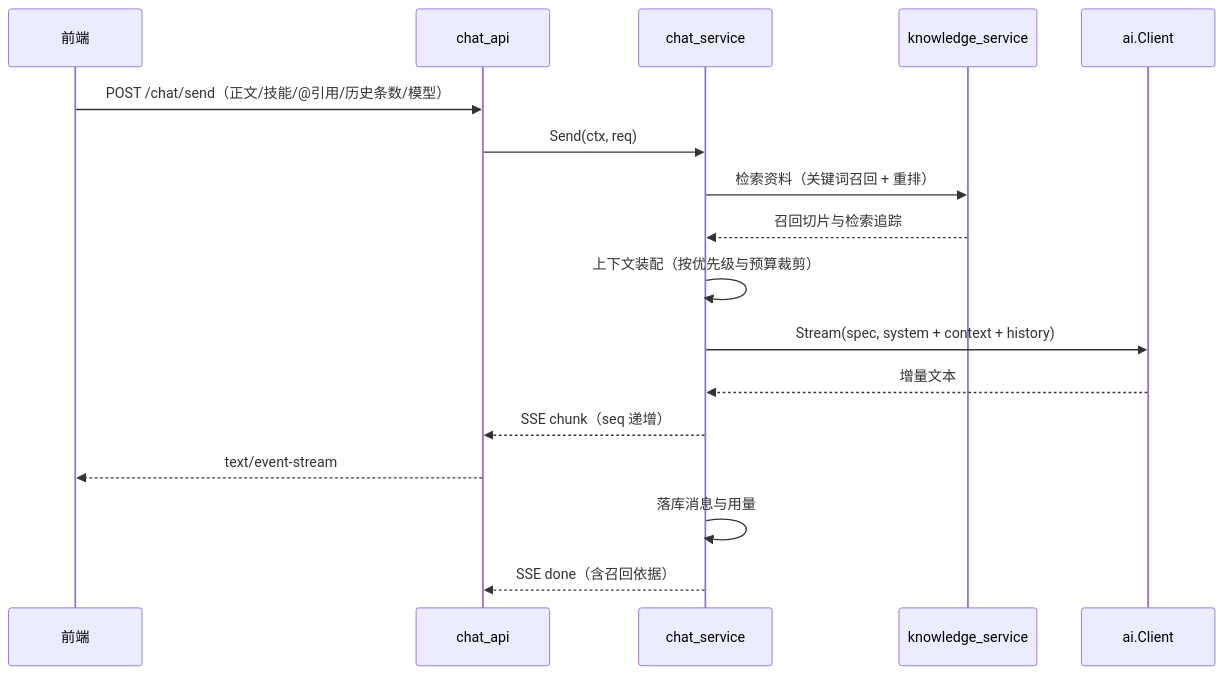
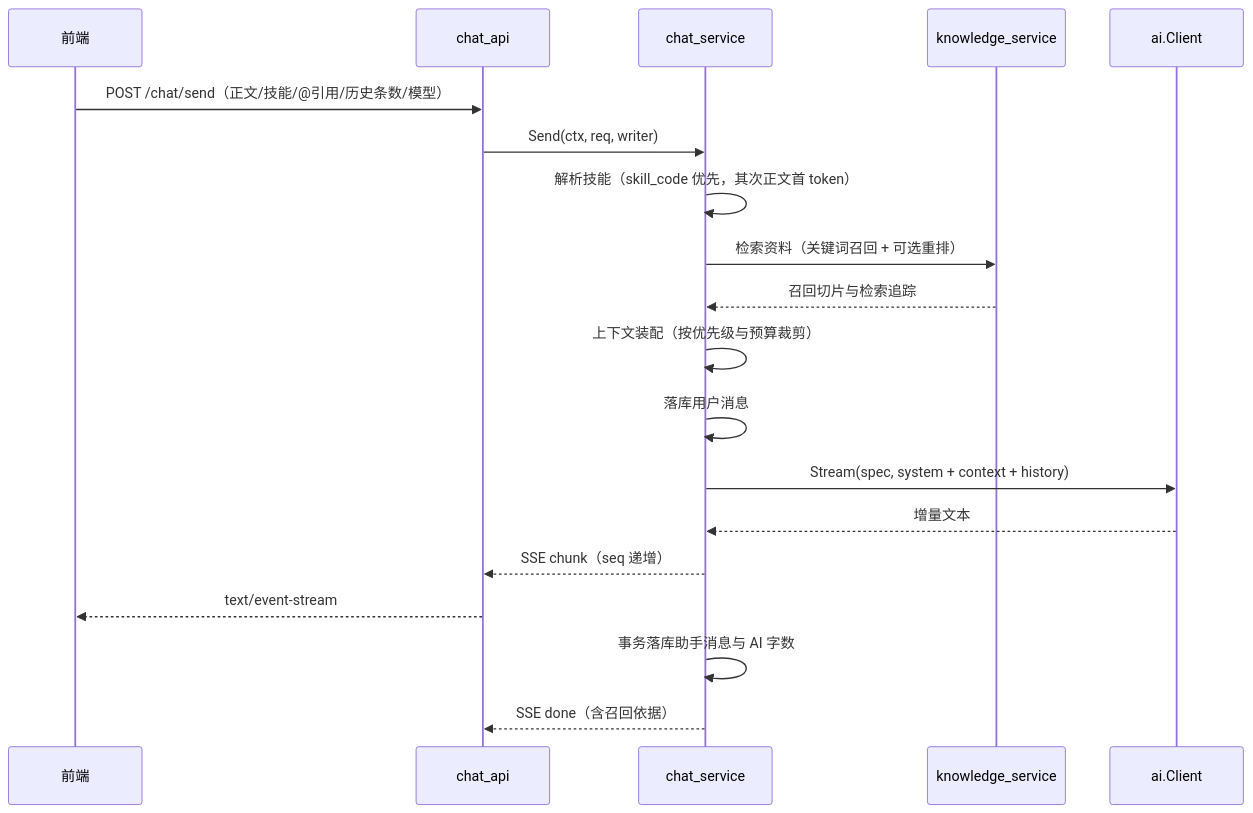
One commit to 2132691342/NovelWorkbench changed the second of 2 diagrams in doc/architecture.md. Above: the diagram before and after it, drawn with Mermaid. The commit also changed other lines of this file and 148 other files, not shown here.

````diff
--- a/doc/architecture.md
+++ b/doc/architecture.md
@@ -139,19 +158,21 @@
 ```mermaid
 sequenceDiagram
   participant FE as 前端
   participant API as chat_api
   participant SVC as chat_service
   participant RAG as knowledge_service
   participant AI as ai.Client
   FE->>API: POST /chat/send（正文/技能/@引用/历史条数/模型）
-  API->>SVC: Send(ctx, req)
-  SVC->>RAG: 检索资料（关键词召回 + 重排）
+  API->>SVC: Send(ctx, req, writer)
+  SVC->>SVC: 解析技能（skill_code 优先，其次正文首 token）
+  SVC->>RAG: 检索资料（关键词召回 + 可选重排）
   RAG-->>SVC: 召回切片与检索追踪
   SVC->>SVC: 上下文装配（按优先级与预算裁剪）
+  SVC->>SVC: 落库用户消息
   SVC->>AI: Stream(spec, system + context + history)
   AI-->>SVC: 增量文本
   SVC-->>API: SSE chunk（seq 递增）
   API-->>FE: text/event-stream
-  SVC->>SVC: 落库消息与用量
+  SVC->>SVC: 事务落库助手消息与 AI 字数
   SVC-->>API: SSE done（含召回依据）
 ```
````
